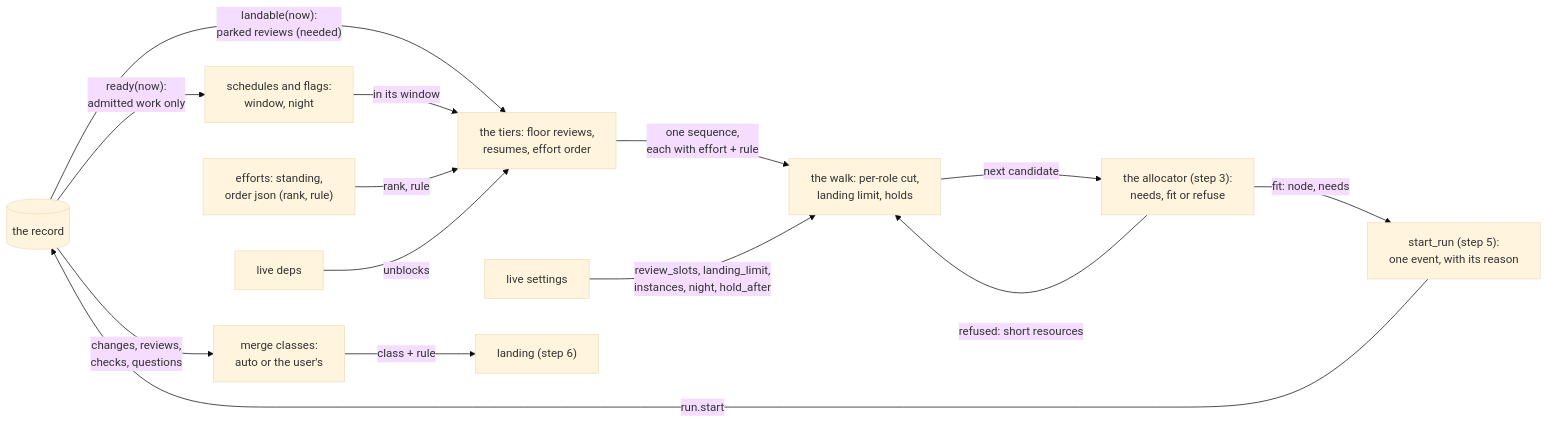
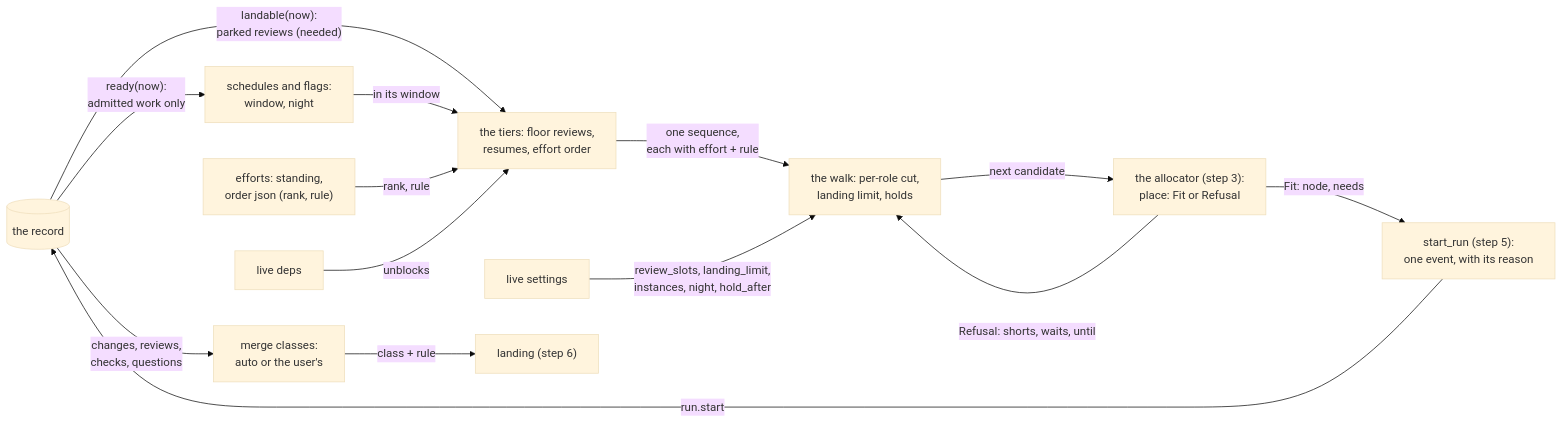
The diagram in docs/templets/3163-the-order.md (astrum-code/quarrylith), drawn with Mermaid (base theme) before and after one commit. The commit also changed other lines of this file, not shown here.

````diff
--- a/docs/templets/3163-the-order.md
+++ b/docs/templets/3163-the-order.md
@@ -83,16 +83,16 @@
 ```mermaid
 flowchart LR
   R[("the record")] -->|"ready(now):<br/>admitted work only"| F["schedules and flags:<br/>window, night"]
   R -->|"landable(now):<br/>parked reviews (needed)"| T
   F -->|"in its window"| T["the tiers: floor reviews,<br/>resumes, effort order"]
   E["efforts: standing,<br/>order json (rank, rule)"] -->|"rank, rule"| T
   D["live deps"] -->|"unblocks"| T
   T -->|"one sequence,<br/>each with effort + rule"| W["the walk: per-role cut,<br/>landing limit, holds"]
   S["live settings"] -->|"review_slots, landing_limit,<br/>instances, night, hold_after"| W
-  W -->|"next candidate"| A["the allocator (step 3):<br/>needs, fit or refuse"]
-  A -->|"refused: short resources"| W
-  A -->|"fit: node, needs"| SR["start_run (step 5):<br/>one event, with its reason"]
+  W -->|"next candidate"| A["the allocator (step 3):<br/>place: Fit or Refusal"]
+  A -->|"Refusal: shorts, waits, until"| W
+  A -->|"Fit: node, needs"| SR["start_run (step 5):<br/>one event, with its reason"]
   SR -->|"run.start"| R
   R -->|"changes, reviews,<br/>checks, questions"| M["merge classes:<br/>auto or the user's"]
   M -->|"class + rule"| L["landing (step 6)"]
 ```
````
